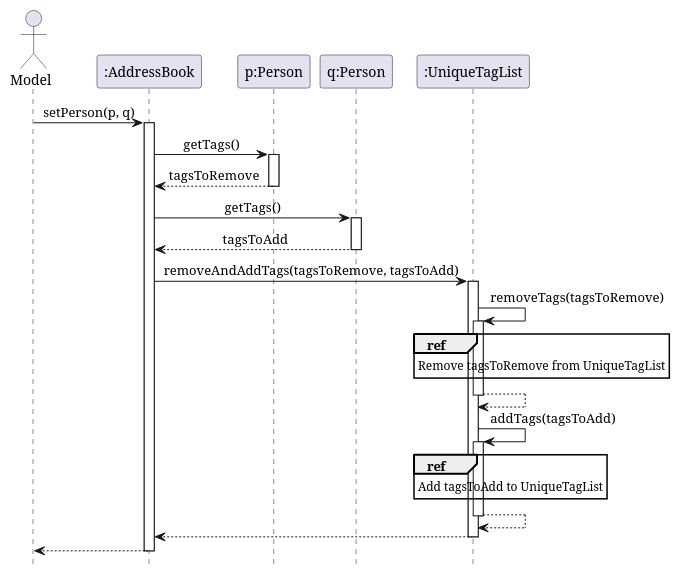
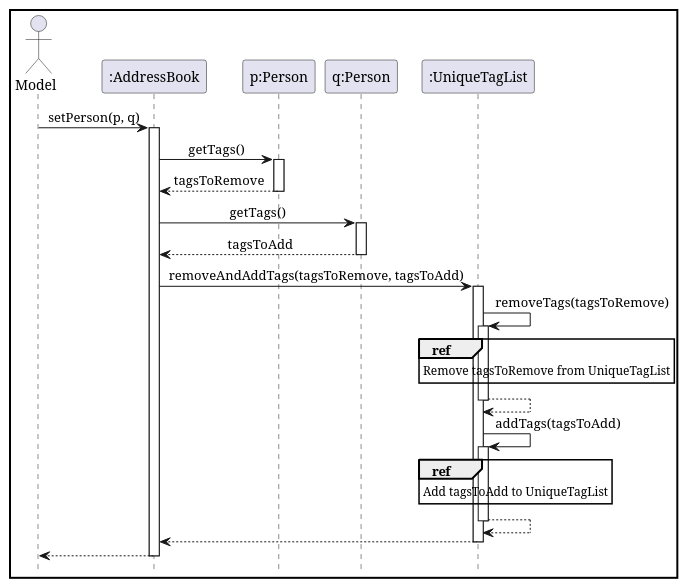
Before and after one commit to pyk595/tp: the diagram in docs/diagrams/SetPersonSequenceDiagram.puml, drawn with PlantUML. The commit also changed 3 other files, not shown here.

Commit message:
Update diagram to scope, add border

```diff
--- a/docs/diagrams/SetPersonSequenceDiagram.puml
+++ b/docs/diagrams/SetPersonSequenceDiagram.puml
@@ -1,62 +1,67 @@
 @startuml
 'https://plantuml.com/sequence-diagram
 
 hide footbox
 
 skinparam Sequence {
     MessageAlign center
     BoxFontSize 15
     BoxPadding 0
     BoxFontColor #FFFFFF
     FontName Arial
+}
+
+skinparam Diagram {
+  BorderColor black
+  BorderThickness 2
 }
 
 Actor Model as Model
 Participant ":AddressBook" as AddressBook
 Participant "p:Person" as PersonP
 Participant "q:Person" as PersonQ
 Participant ":UniqueTagList" as UniqueTagList
 
 Model -> AddressBook : setPerson(p, q)
 activate AddressBook
 
 'Person P getTags
 AddressBook -> PersonP : getTags()
 activate PersonP
 
 PersonP --> AddressBook : tagsToRemove
 deactivate PersonP
 
 'Person Q getTags()
 AddressBook -> PersonQ : getTags()
 activate PersonQ
 
 PersonQ --> AddressBook : tagsToAdd
 deactivate PersonQ
 
 AddressBook -> UniqueTagList : removeAndAddTags(tagsToRemove, tagsToAdd)
 activate UniqueTagList
 
 UniqueTagList -> UniqueTagList : removeTags(tagsToRemove)
 activate UniqueTagList
 ref over UniqueTagList
 Remove tagsToRemove from UniqueTagList
 end ref
 UniqueTagList --> UniqueTagList
 deactivate UniqueTagList
 
 UniqueTagList -> UniqueTagList : addTags(tagsToAdd)
 activate UniqueTagList
 ref over UniqueTagList
 Add tagsToAdd to UniqueTagList
 end ref
 UniqueTagList --> UniqueTagList
 deactivate UniqueTagList
 
 UniqueTagList --> AddressBook
 deactivate UniqueTagList
 
 AddressBook --> Model
 deactivate AddressBook
 
 @enduml
```
